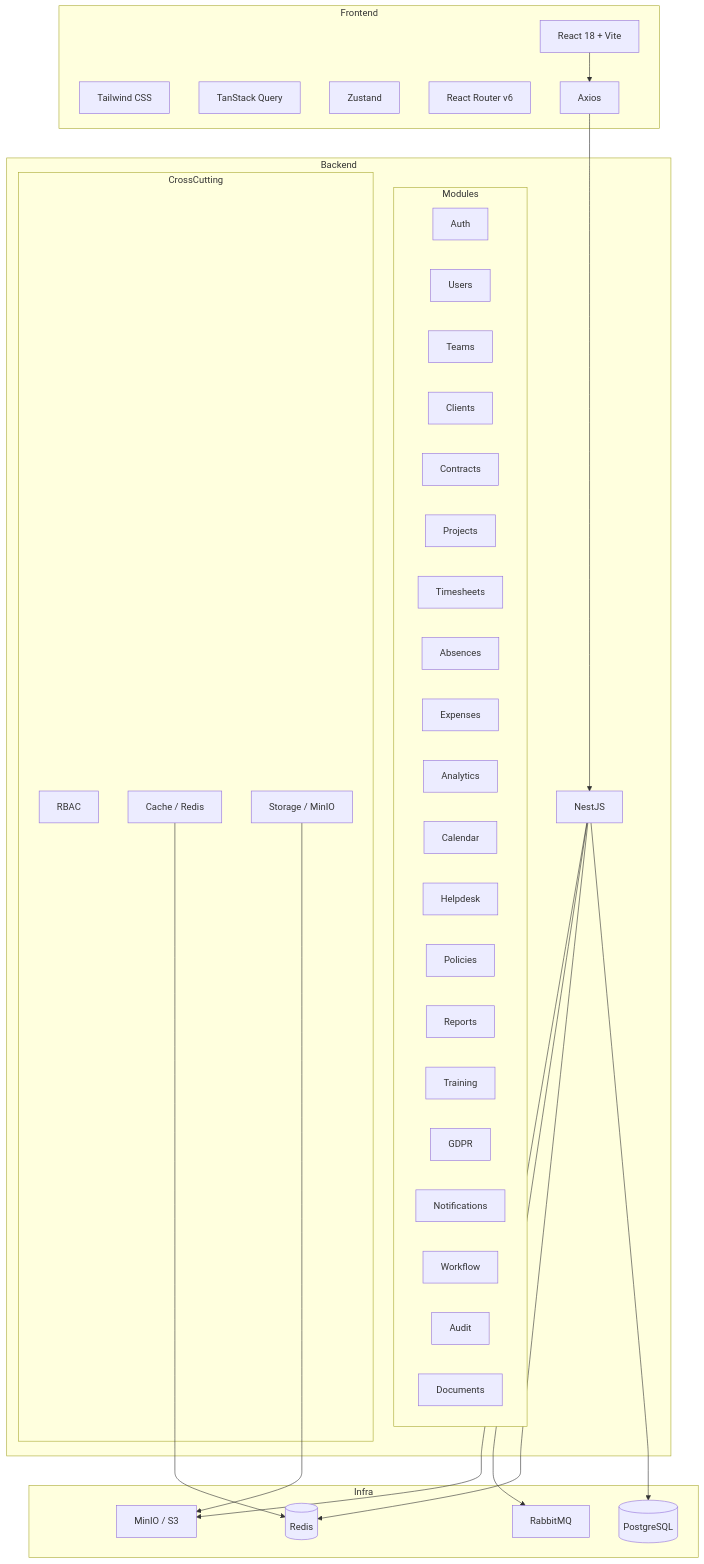
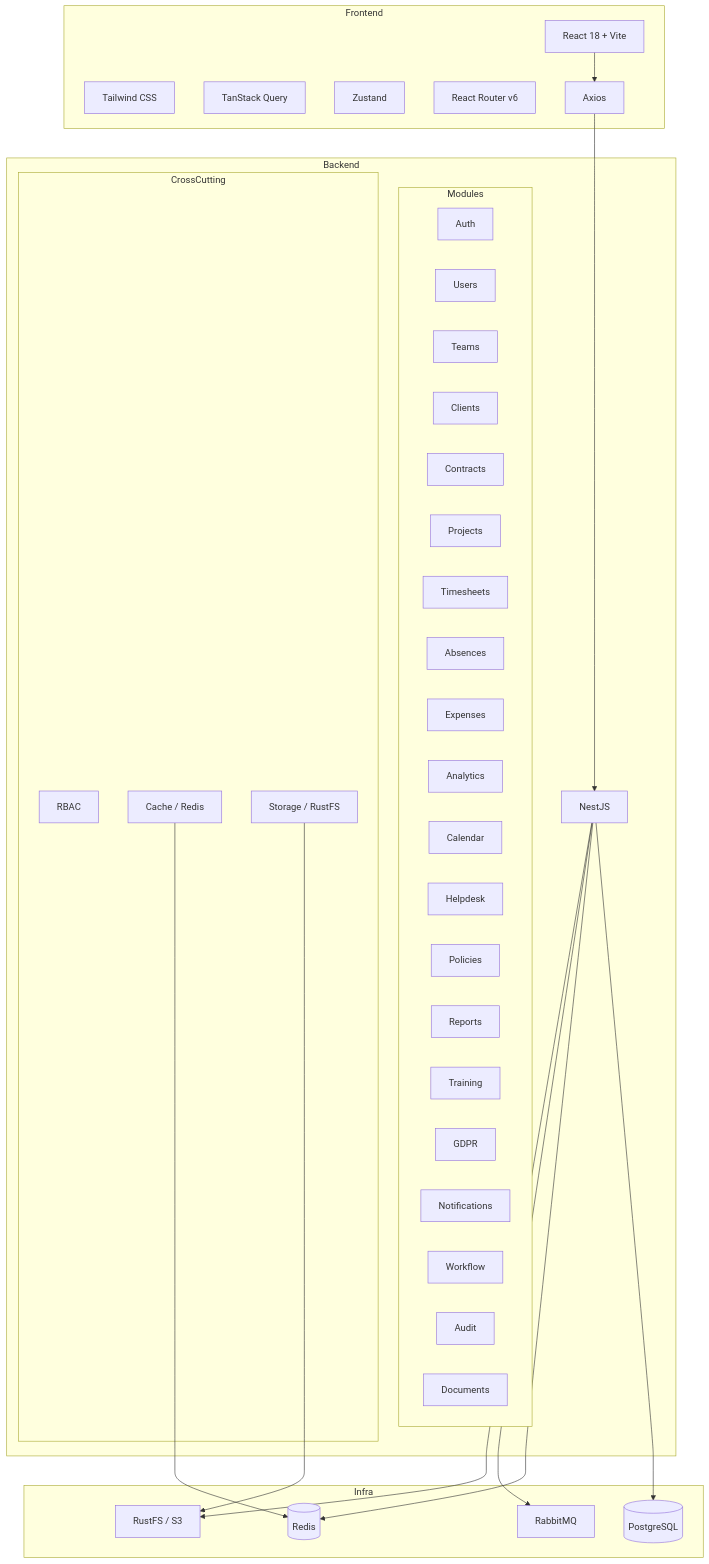
The first of 3 diagrams in docs/ARCHITECTURE.md (barbaraoliveira2308/rh), drawn with Mermaid before and after one commit. The commit also changed other lines of this file and 17 other files, not shown here.

First line of the commit message:
feat(infra): replace MinIO with RustFS for object storage (P-101)

````diff
--- a/docs/ARCHITECTURE.md
+++ b/docs/ARCHITECTURE.md
@@ -5,58 +5,58 @@
 ```mermaid
 graph TB
     subgraph Frontend
         REACT[React 18 + Vite]
         TAILWIND[Tailwind CSS]
         TANSTACK[TanStack Query]
         ZUSTAND[Zustand]
         ROUTER[React Router v6]
         AXIOS[Axios]
     end
 
     subgraph Backend
         NESTJS[NestJS]
         subgraph Modules
             AUTH[Auth]
             USERS[Users]
             TEAMS[Teams]
             CLIENTS[Clients]
             CONTRACTS[Contracts]
             PROJECTS[Projects]
             TIMESHEETS[Timesheets]
             ABSENCES[Absences]
             EXPENSES[Expenses]
             ANALYTICS[Analytics]
             CALENDAR[Calendar]
             HELPDESK[Helpdesk]
             POLICIES[Policies]
             REPORTS[Reports]
             TRAINING[Training]
             GDPR[GDPR]
             NOTIFICATIONS[Notifications]
             WORKFLOW[Workflow]
             AUDIT[Audit]
             DOCUMENTS[Documents]
         end
         subgraph CrossCutting
             RBAC[RBAC]
             CACHE[Cache / Redis]
-            STORAGE[Storage / MinIO]
+            STORAGE[Storage / RustFS]
         end
     end
 
     subgraph Infra
         PG[(PostgreSQL)]
         REDIS[(Redis)]
         RABBIT[RabbitMQ]
-        MINIO[MinIO / S3]
+        RUSTFS[RustFS / S3]
     end
 
     REACT --> AXIOS
     AXIOS --> NESTJS
     NESTJS --> PG
     NESTJS --> REDIS
     NESTJS --> RABBIT
-    NESTJS --> MINIO
+    NESTJS --> RUSTFS
     CACHE --> REDIS
-    STORAGE --> MINIO
+    STORAGE --> RUSTFS
 ```
````
